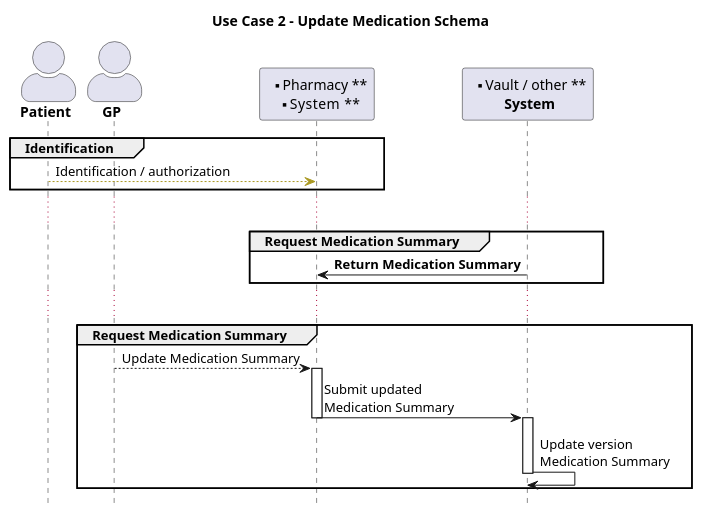
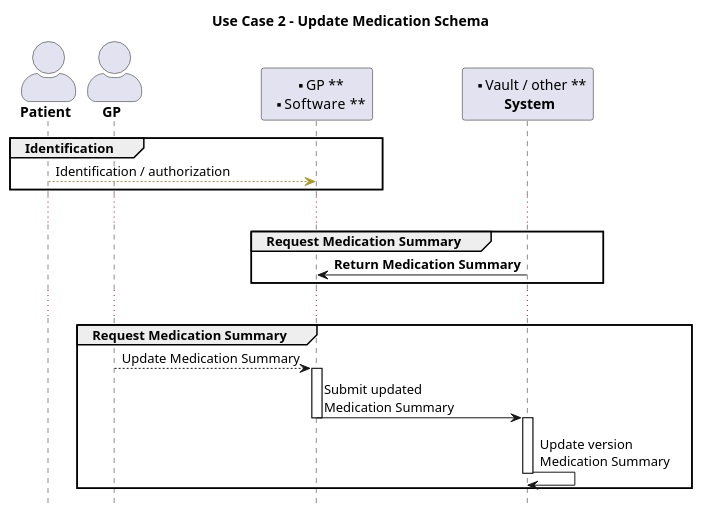
The diagram in input/images-source/usecase-medicationschema-2.plantuml (jcostateixeira/riziv-medication-record), drawn with PlantUML before and after one commit. The commit also changed 2 other files, not shown here.

Commit message:
update usage diagrams

```diff
--- a/input/images-source/usecase-medicationschema-2.plantuml
+++ b/input/images-source/usecase-medicationschema-2.plantuml
@@ -1,35 +1,35 @@
 @startuml
 title Use Case 2 - Update Medication Schema
 skinparam actorStyle awesome
 
 hide footbox
 
 '!include ./style.iuml
 
 actor "**Patient**" as P
 actor "**GP**" as GP
-Participant "** Pharmacy **\n**  System  **" as PIS
+Participant "** GP **\n**  Software  **" as GPS
 Participant "** Vault / other **\n **  System  **" as V
 
 group Identification
-P -[#A92]-> PIS : Identification / authorization
+P -[#A92]-> GPS : Identification / authorization
 end
 ...
 
 group Request Medication Summary
-PIS <- V : **Return Medication Summary**
+GPS <- V : **Return Medication Summary**
 end
 
 ...
 
 group Request Medication Summary
-GP --> PIS : Update Medication Summary
-activate PIS
-PIS -> V : Submit updated\nMedication Summary
-deactivate PIS
+GP --> GPS : Update Medication Summary
+activate GPS
+GPS -> V : Submit updated\nMedication Summary
+deactivate GPS
 activate V
 V -> V : Update version\nMedication Summary
 deactivate V
 end
 
 @enduml
```
